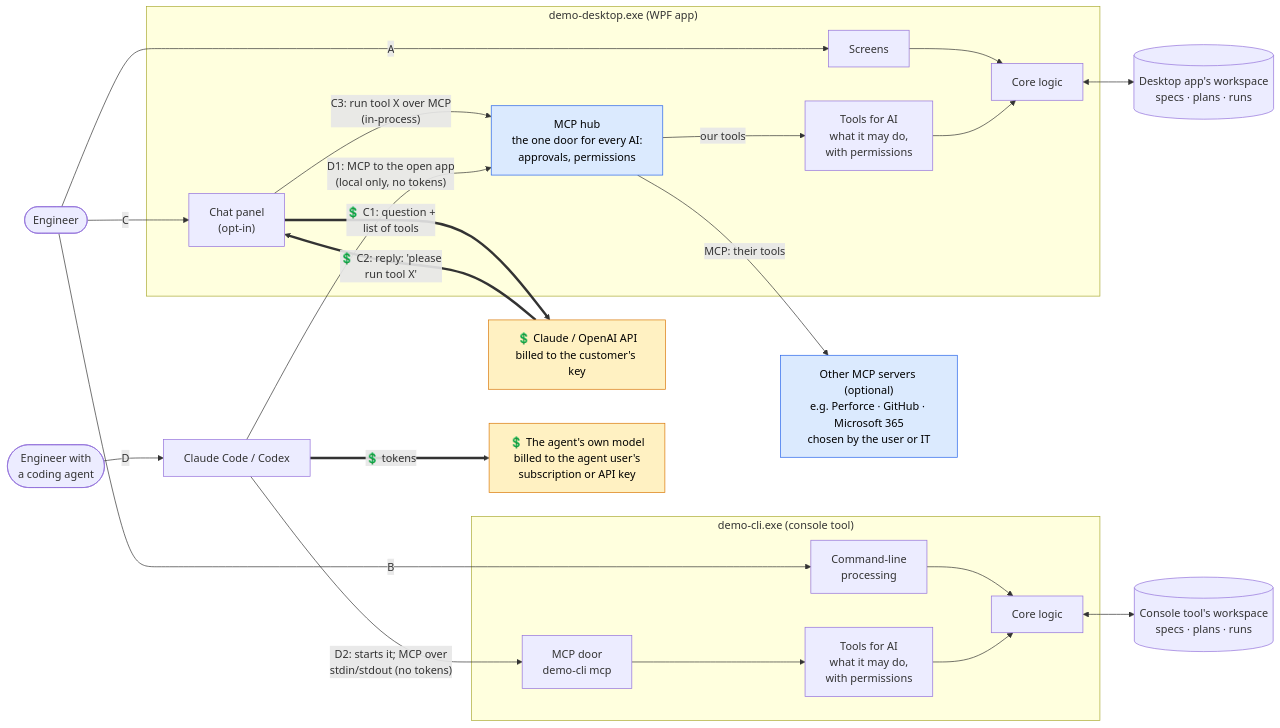
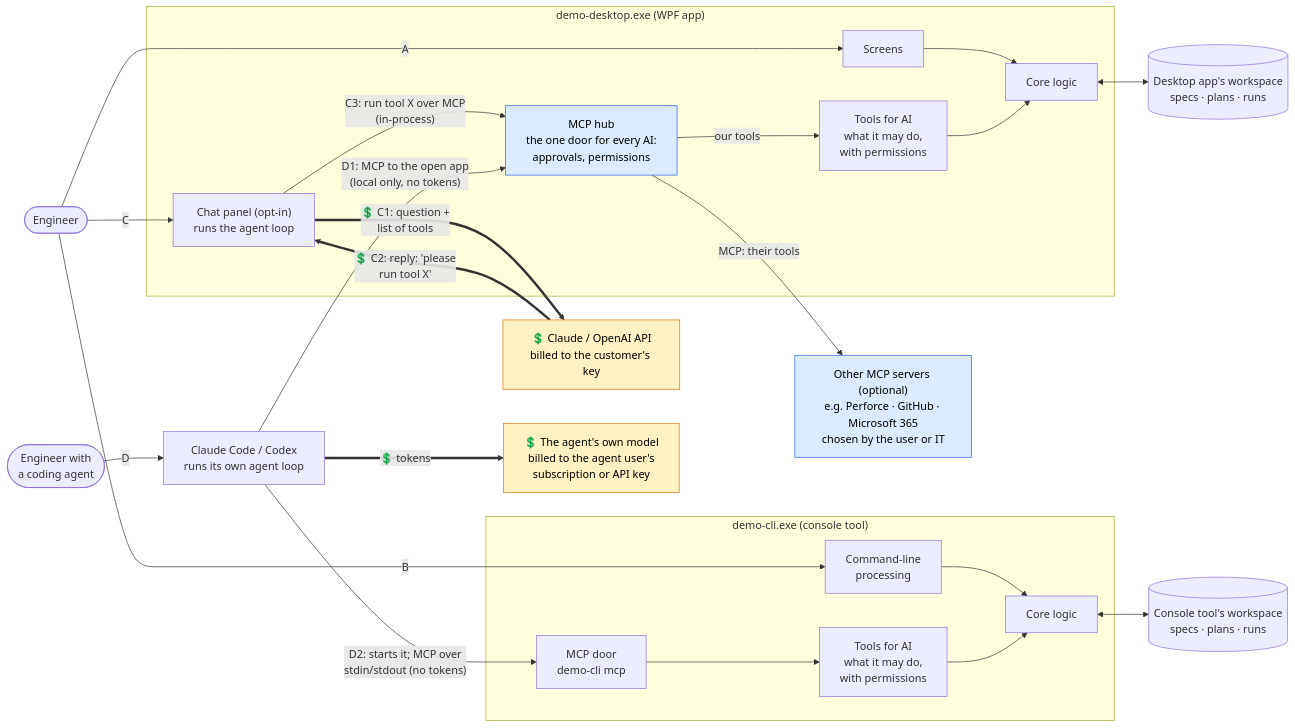
Before and after one commit to RelentlessOldMan/ChatbotAddonDemo: the first of 2 diagrams in README.md, drawn with Mermaid. The commit also changed other lines of this file and 40 other files, not shown here.

````diff
--- a/README.md
+++ b/README.md
@@ -32,46 +32,46 @@
 ```mermaid
 flowchart LR
     eng(["Engineer"])
     dev(["Engineer with<br/>a coding agent"])
 
     subgraph desktop["demo-desktop.exe (WPF app)"]
         ui["Screens"]
-        chat["Chat panel<br/>(opt-in)"]
+        chat["Chat panel (opt-in)<br/>runs the agent loop"]
         hub["MCP hub<br/>the one door for every AI:<br/>approvals, permissions"]
         dcap["Tools for AI<br/>what it may do,<br/>with permissions"]
         dlogic["Core logic"]
     end
     subgraph cli["demo-cli.exe (console tool)"]
         cmds["Command-line<br/>processing"]
         mcp["MCP door<br/>demo-cli mcp"]
         ccap["Tools for AI<br/>what it may do,<br/>with permissions"]
         clogic["Core logic"]
     end
 
     llm["💲 Claude / OpenAI API<br/>billed to the customer's key"]
-    agent["Claude Code / Codex"]
+    agent["Claude Code / Codex<br/>runs its own agent loop"]
     agentllm["💲 The agent's own model<br/>billed to the agent user's<br/>subscription or API key"]
     other["Other MCP servers (optional)<br/>e.g. Perforce · GitHub · Microsoft 365<br/>chosen by the user or IT"]
     dws[("Desktop app's workspace<br/>specs · plans · runs")]
     cws[("Console tool's workspace<br/>specs · plans · runs")]
 
     eng -- A --> ui --> dlogic
     eng -- B --> cmds --> clogic
     eng -- C --> chat
     chat == "💲 C1: question +<br/>list of tools" ==> llm
     llm == "💲 C2: reply: 'please<br/>run tool X'" ==> chat
     chat -- "C3: run tool X over MCP<br/>(in-process)" --> hub
     hub -- "our tools" --> dcap --> dlogic
     hub -- "MCP: their tools" --> other
     dev -- D --> agent
     agent == "💲 tokens" ==> agentllm
     agent -- "D1: MCP to the open app<br/>(local only, no tokens)" --> hub
     agent -- "D2: starts it; MCP over<br/>stdin/stdout (no tokens)" --> mcp --> ccap --> clogic
     dlogic <--> dws
     clogic <--> cws
 
     classDef paid fill:#fff1c2,stroke:#d97706,color:#000
     classDef new fill:#dbeafe,stroke:#2563eb,color:#000
     class llm,agentllm paid
     class hub,other new
 ```
````
